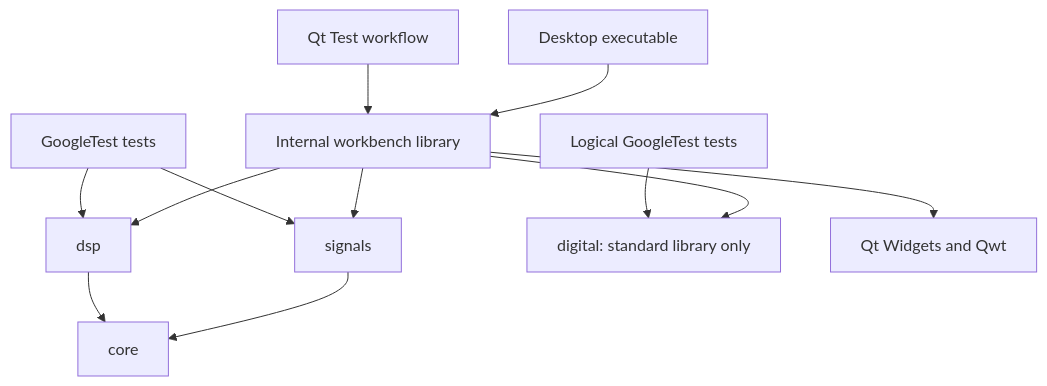
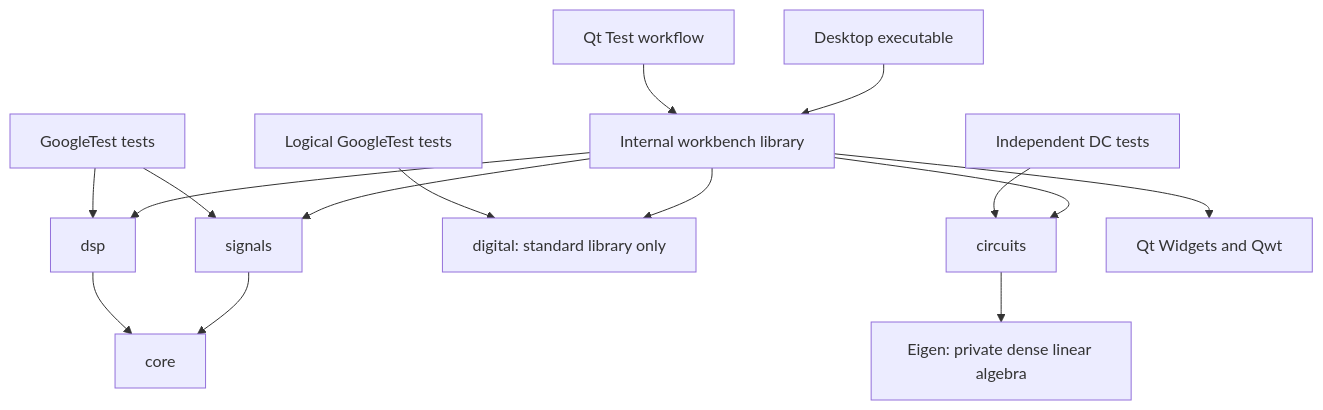
The diagram in docs/architecture.md (codyklein/open-ece), drawn with Mermaid before and after one commit. The commit also changed other lines of this file and 10 other files, not shown here.

````diff
--- a/docs/architecture.md
+++ b/docs/architecture.md
@@ -5,14 +5,17 @@
 ```mermaid
 flowchart TD
     App[Desktop executable] --> UI[Internal workbench library]
     UI --> Signals[signals]
     UI --> DSP[dsp]
     UI --> Digital[digital: standard library only]
     DigitalTests[Logical GoogleTest tests] --> Digital
+    UI --> Circuits[circuits]
+    Circuits --> Eigen[Eigen: private dense linear algebra]
+    CircuitTests[Independent DC tests] --> Circuits
     UI --> Qt[Qt Widgets and Qwt]
     Signals --> Core[core]
     DSP --> Core
     NumericalTests[GoogleTest tests] --> Signals
     NumericalTests --> DSP
     GuiTests[Qt Test workflow] --> UI
 ```
````
